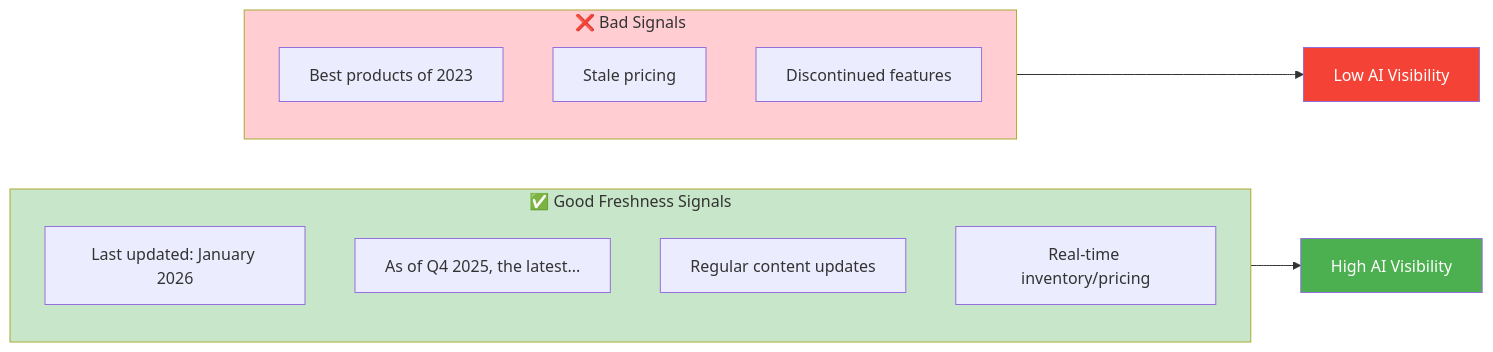
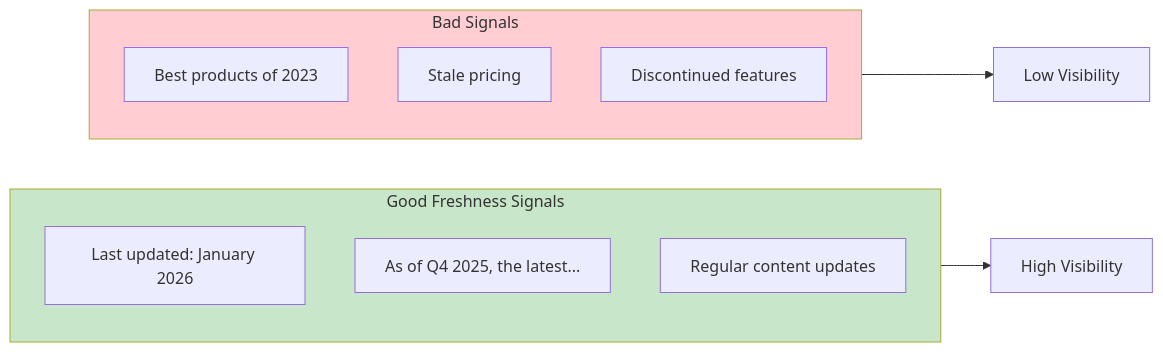
Before and after one commit to ajing/ajing.github.io: the third of 6 diagrams in _posts/2026-01-03-generative-engine-optimization-geo.md, drawn with Mermaid. The commit also changed other lines of this file, not shown here.

Commit message:
Fix diagram labels (remove emojis) and improve code block syntax highlighting

```diff
--- a/_posts/2026-01-03-generative-engine-optimization-geo.md
+++ b/_posts/2026-01-03-generative-engine-optimization-geo.md
@@ -185,23 +182,20 @@
 <div class="mermaid">
 flowchart LR
-    subgraph Good["✅ Good Freshness Signals"]
+    subgraph Good["Good Freshness Signals"]
         G1["Last updated: January 2026"]
         G2["As of Q4 2025, the latest..."]
         G3["Regular content updates"]
-        G4["Real-time inventory/pricing"]
     end
     
-    subgraph Bad["❌ Bad Signals"]
+    subgraph Bad["Bad Signals"]
         B1["Best products of 2023"]
         B2["Stale pricing"]
         B3["Discontinued features"]
     end
     
-    Good --> H[High AI Visibility]
-    Bad --> L[Low AI Visibility]
+    Good --> H[High Visibility]
+    Bad --> L[Low Visibility]
     
     style Good fill:#c8e6c9
     style Bad fill:#ffcdd2
-    style H fill:#4caf50,color:#fff
-    style L fill:#f44336,color:#fff
 </div>
```
